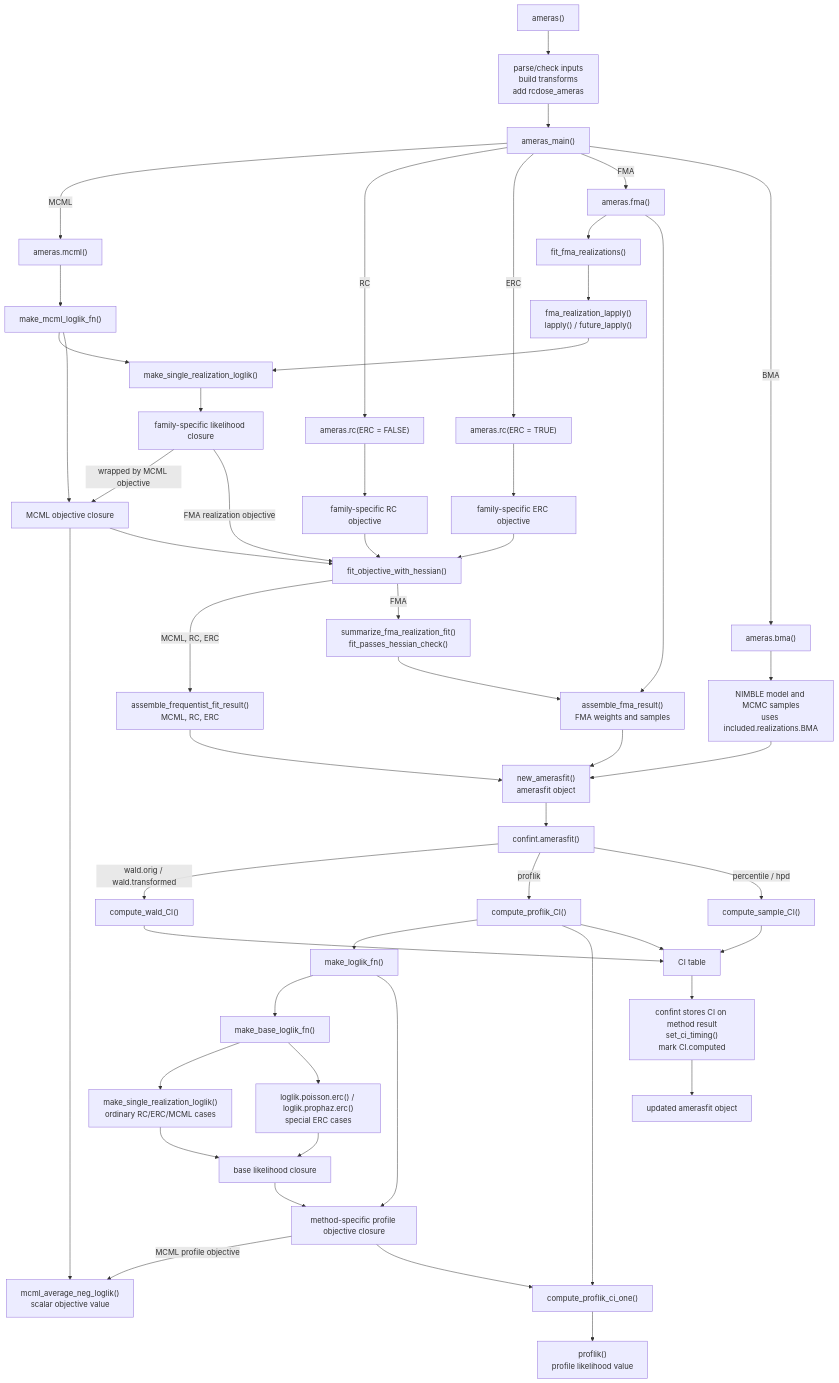
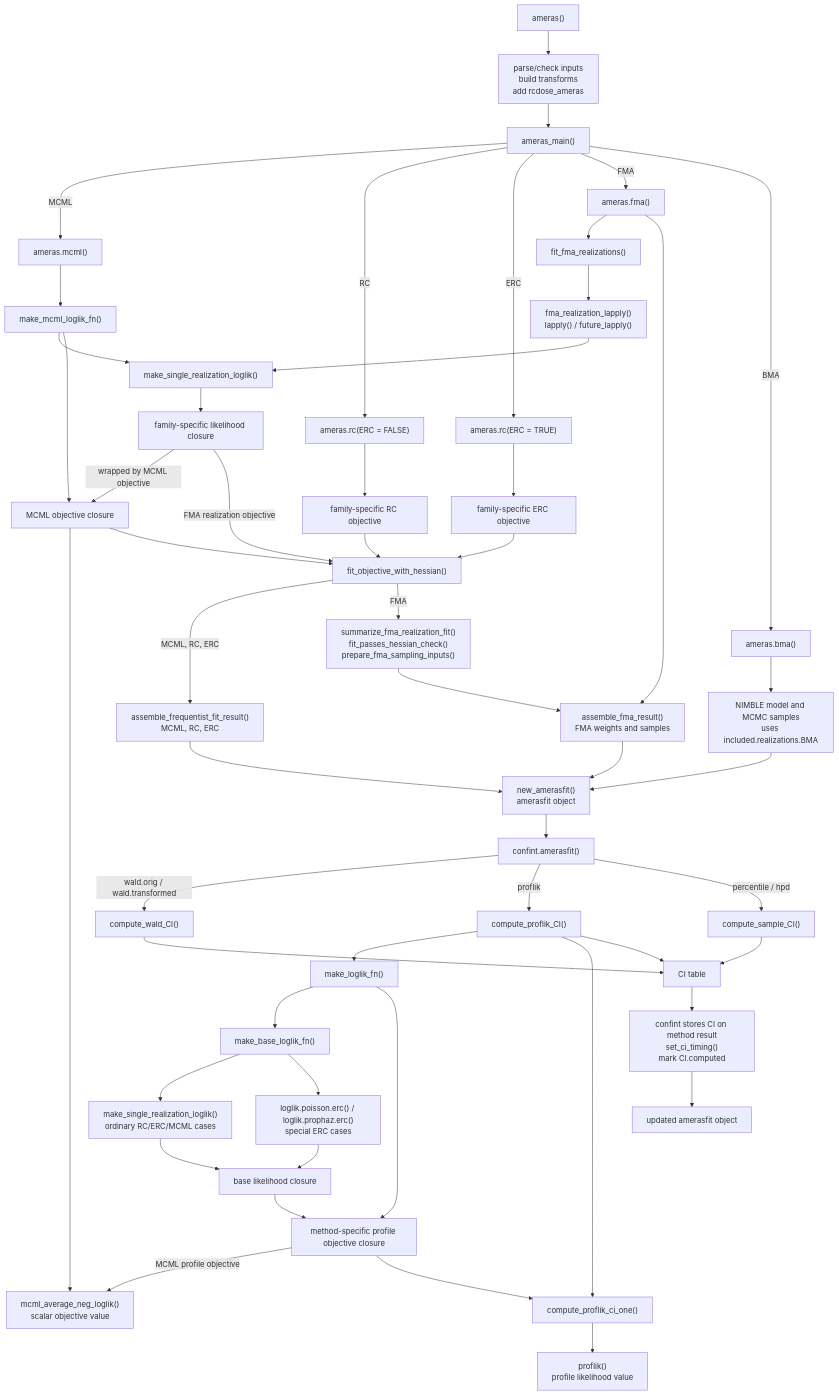
One commit to sanderroberti/ameras changed the diagram in developer-notes/helper-flow.md. Above: the diagram before and after it, drawn with Mermaid. The commit also changed other lines of this file and 5 other files, not shown here.

Commit message:
Harden FMA realization screening

````diff
--- a/developer-notes/helper-flow.md
+++ b/developer-notes/helper-flow.md
@@ -9,63 +9,63 @@
 ```mermaid
 flowchart TD
   A["ameras()"] --> B["parse/check inputs<br/>build transforms<br/>add rcdose_ameras"]
   B --> C["ameras_main()"]
 
   C -->|MCML| D["ameras.mcml()"]
   C -->|RC| E["ameras.rc(ERC = FALSE)"]
   C -->|ERC| F["ameras.rc(ERC = TRUE)"]
   C -->|FMA| G["ameras.fma()"]
   C -->|BMA| H["ameras.bma()"]
 
   D --> I["make_mcml_loglik_fn()"]
   I --> J["make_single_realization_loglik()"]
   J --> JA["family-specific likelihood closure"]
   I --> JB["MCML objective closure"]
   JA -->|wrapped by MCML objective| JB
   JB --> AB["mcml_average_neg_loglik()<br/>scalar objective value"]
   JB --> N["fit_objective_with_hessian()"]
 
   E --> K["family-specific RC objective"]
   F --> L["family-specific ERC objective"]
   K --> N
   L --> N
 
   G --> M["fit_fma_realizations()"]
   M --> ML["fma_realization_lapply()<br/>lapply() / future_lapply()"]
   ML --> J
   JA -->|FMA realization objective| N
 
   N -->|MCML, RC, ERC| O["assemble_frequentist_fit_result()<br/>MCML, RC, ERC"]
-  N -->|FMA| P["summarize_fma_realization_fit()<br/>fit_passes_hessian_check()"]
+  N -->|FMA| P["summarize_fma_realization_fit()<br/>fit_passes_hessian_check()<br/>prepare_fma_sampling_inputs()"]
 
   G --> Q["assemble_fma_result()<br/>FMA weights and samples"]
   P --> Q
   H --> R["NIMBLE model and MCMC samples<br/>uses included.realizations.BMA"]
 
   O --> S["new_amerasfit()<br/>amerasfit object"]
   Q --> S
   R --> S
 
   S --> T["confint.amerasfit()"]
   T -->|wald.orig / wald.transformed| U["compute_wald_CI()"]
   T -->|proflik| V["compute_proflik_CI()"]
   T -->|percentile / hpd| W["compute_sample_CI()"]
 
   V --> X["make_loglik_fn()"]
   X --> Y["make_base_loglik_fn()"]
   Y --> Z["make_single_realization_loglik()<br/>ordinary RC/ERC/MCML cases"]
   Y --> AA["loglik.poisson.erc() / loglik.prophaz.erc()<br/>special ERC cases"]
   Z --> AE["base likelihood closure"]
   AA --> AE
   X --> AF["method-specific profile objective closure"]
   AE --> AF
   AF -->|MCML profile objective| AB
   AF --> AC["compute_proflik_ci_one()"]
   V --> AC
   AC --> AD["proflik()<br/>profile likelihood value"]
   U --> AG["CI table"]
   V --> AG
   W --> AG
   AG --> AH["confint stores CI on method result<br/>set_ci_timing()<br/>mark CI.computed"]
   AH --> AI["updated amerasfit object"]
 ```
````
